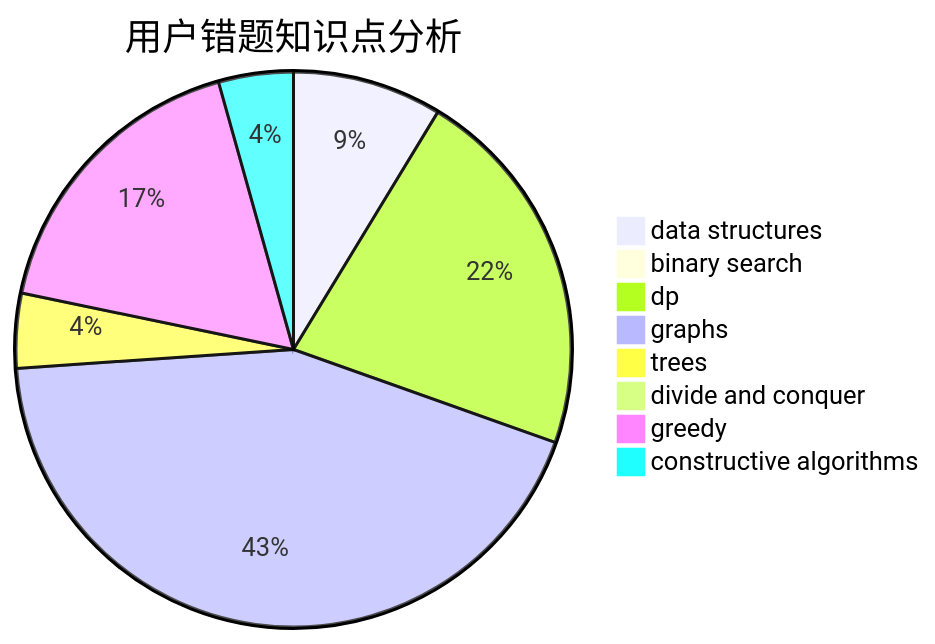
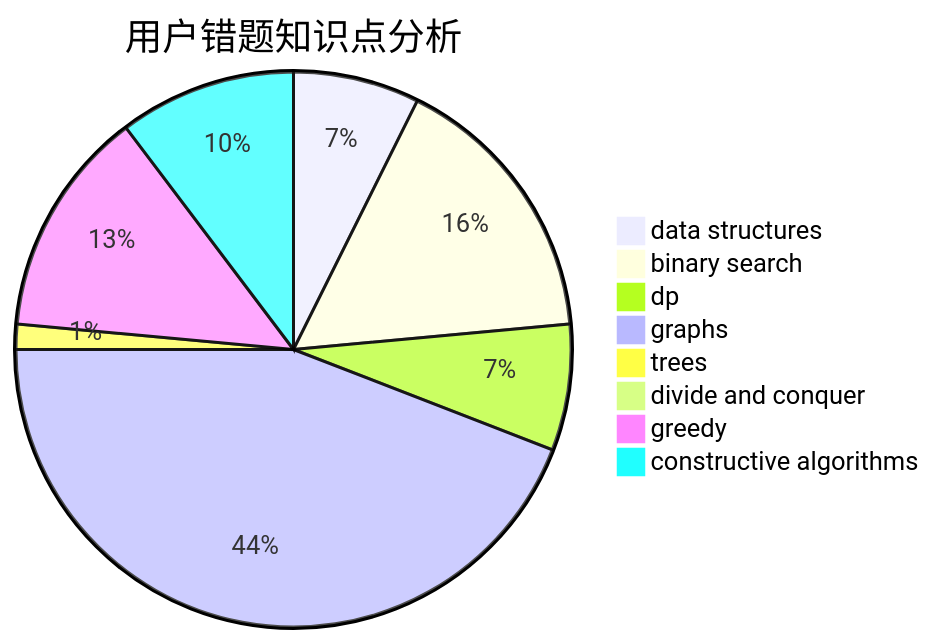
The third of 3 diagrams in docs/user/u1046.md (sherpahu/cfrs.github.io), drawn with Mermaid before and after one commit. The commit also changed other lines of this file and 2770 other files, not shown here.

````diff
--- a/docs/user/u1046.md
+++ b/docs/user/u1046.md
@@ -36,11 +36,11 @@
 ```mermaid
 pie title 用户错题知识点分析
-    "data structures" :  2
-    "binary search" :  0
+    "data structures" :  5
+    "binary search" :  11
     "dp" :  5
-    "graphs" :  10
+    "graphs" :  30
     "trees" :  1
     "divide and conquer" :  0
-    "greedy" :  4
-    "constructive algorithms" :  1
+    "greedy" :  9
+    "constructive algorithms" :  7
 ```
````
